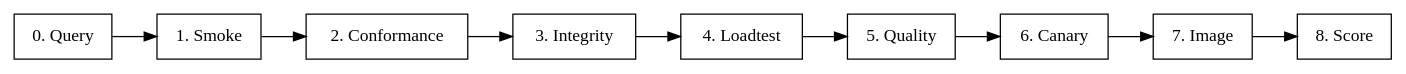
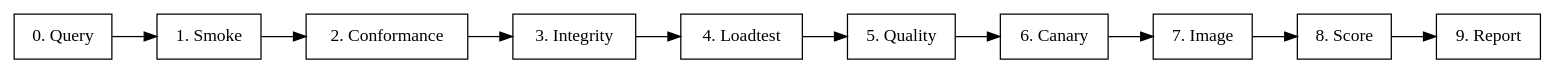
Before and after one commit to mpersisth/Fy-api: the diagram in .claude/commands/channel-benchmark.md, drawn with Graphviz. The commit also changed other lines of this file and 38 other files, not shown here.

````diff
--- a/.claude/commands/channel-benchmark.md
+++ b/.claude/commands/channel-benchmark.md
@@ -61,7 +75,7 @@
 ```dot
 digraph test_flow {
   rankdir=LR;
   node [shape=box];
-  "0. Query" -> "1. Smoke" -> "2. Conformance" -> "3. Integrity" -> "4. Loadtest" -> "5. Quality" -> "6. Canary" -> "7. Image" -> "8. Score";
+  "0. Query" -> "1. Smoke" -> "2. Conformance" -> "3. Integrity" -> "4. Loadtest" -> "5. Quality" -> "6. Canary" -> "7. Image" -> "8. Score" -> "9. Report";
 }
 ```
````
